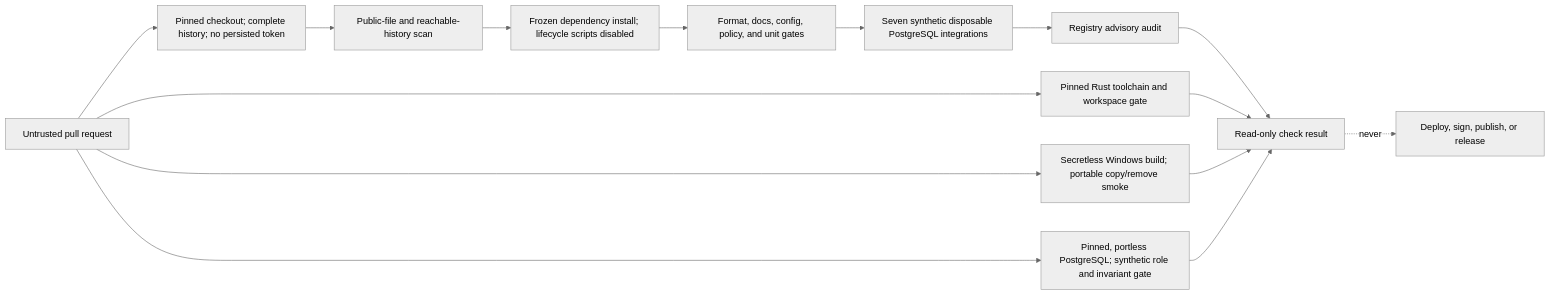
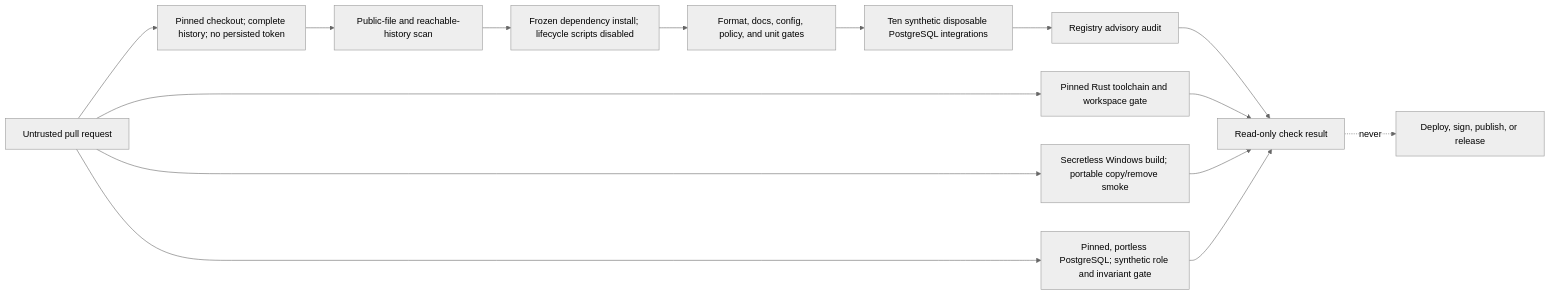
The diagram in docs/architecture/CI_TRUST_MODEL.md (Tah10n/viberacing), drawn with Mermaid (neutral theme) before and after one commit. The commit also changed other lines of this file and 32 other files, not shown here.

````diff
--- a/docs/architecture/CI_TRUST_MODEL.md
+++ b/docs/architecture/CI_TRUST_MODEL.md
@@ -15,17 +15,17 @@
 ```mermaid
 flowchart LR
   PR["Untrusted pull request"] --> CO["Pinned checkout; complete history; no persisted token"]
   CO --> PS["Public-file and reachable-history scan"]
   PS --> DI["Frozen dependency install; lifecycle scripts disabled"]
   DI --> VG["Format, docs, config, policy, and unit gates"]
-  VG --> PG["Seven synthetic disposable PostgreSQL integrations"]
+  VG --> PG["Ten synthetic disposable PostgreSQL integrations"]
   PG --> AU["Registry advisory audit"]
   PR --> RT["Pinned Rust toolchain and workspace gate"]
   PR --> WP["Secretless Windows build; portable copy/remove smoke"]
   PR --> DB["Pinned, portless PostgreSQL; synthetic role and invariant gate"]
   AU --> R["Read-only check result"]
   RT --> R
   WP --> R
   DB --> R
   R -. "never" .-> DP["Deploy, sign, publish, or release"]
 ```
````
